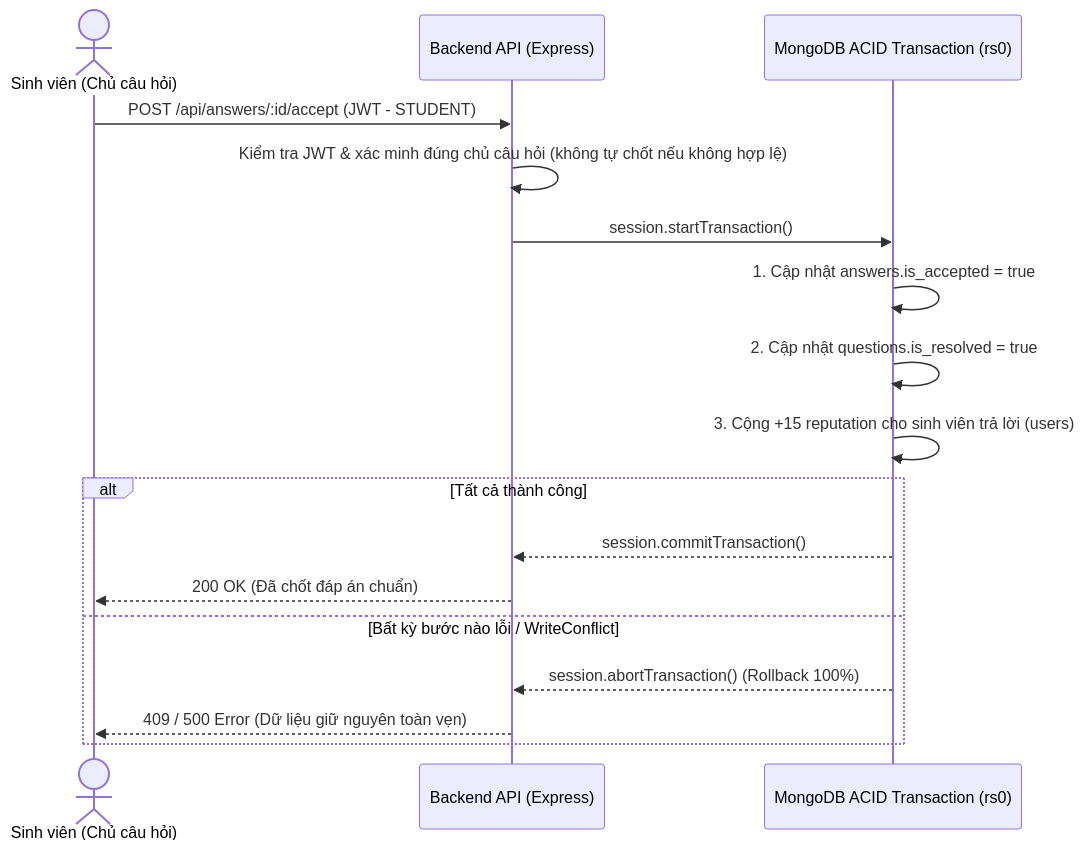
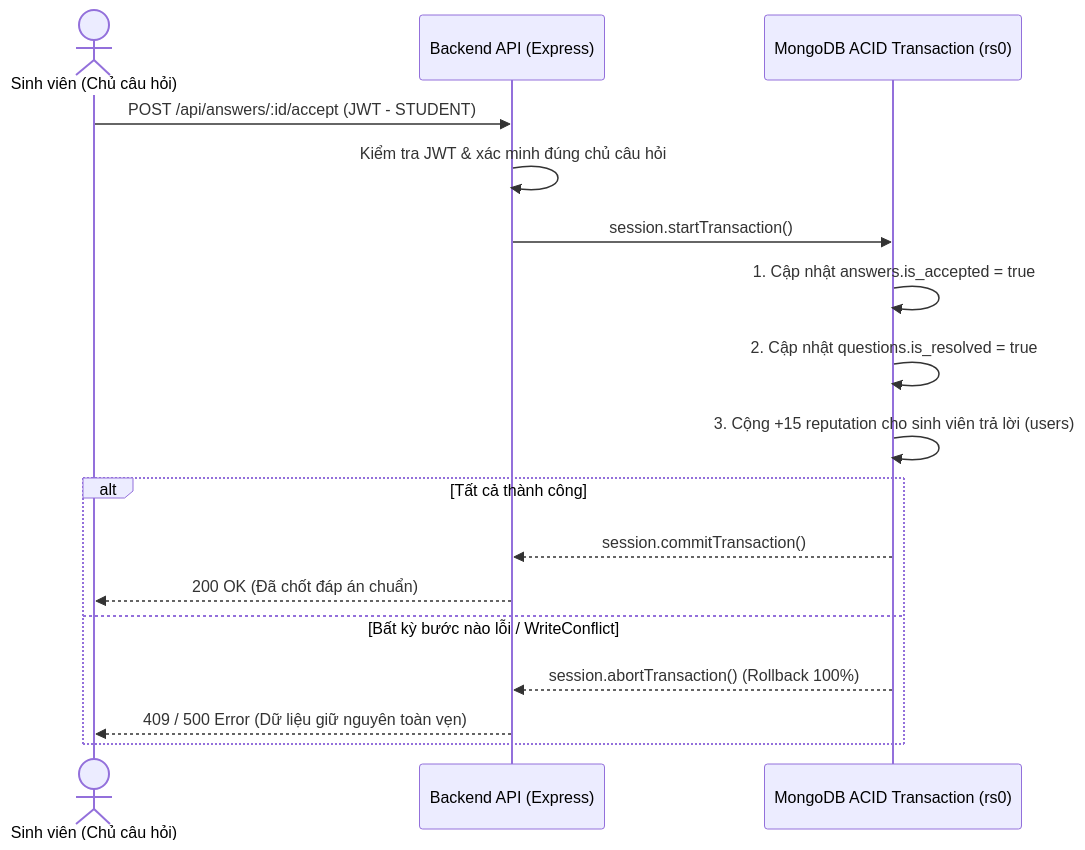
One commit to thanhpham2k6/edUTT changed the second of 5 diagrams in docs/01-system-requirements-specification.md. Above: the diagram before and after it, drawn with Mermaid. The commit also changed other lines of this file and 4 other files, not shown here.

````diff
--- a/docs/01-system-requirements-specification.md
+++ b/docs/01-system-requirements-specification.md
@@ -120,20 +153,20 @@
 ```mermaid
 sequenceDiagram
     actor SV as Sinh viên (Chủ câu hỏi)
     participant API as Backend API (Express)
     participant TX as MongoDB ACID Transaction (rs0)
 
     SV->>API: POST /api/answers/:id/accept (JWT - STUDENT)
-    API->>API: Kiểm tra JWT & xác minh đúng chủ câu hỏi (không tự chốt nếu không hợp lệ)
+    API->>API: Kiểm tra JWT & xác minh đúng chủ câu hỏi
     API->>TX: session.startTransaction()
     TX->>TX: 1. Cập nhật answers.is_accepted = true
     TX->>TX: 2. Cập nhật questions.is_resolved = true
     TX->>TX: 3. Cộng +15 reputation cho sinh viên trả lời (users)
     alt Tất cả thành công
         TX-->>API: session.commitTransaction()
         API-->>SV: 200 OK (Đã chốt đáp án chuẩn)
     else Bất kỳ bước nào lỗi / WriteConflict
         TX-->>API: session.abortTransaction() (Rollback 100%)
         API-->>SV: 409 / 500 Error (Dữ liệu giữ nguyên toàn vẹn)
     end
 ```
````
